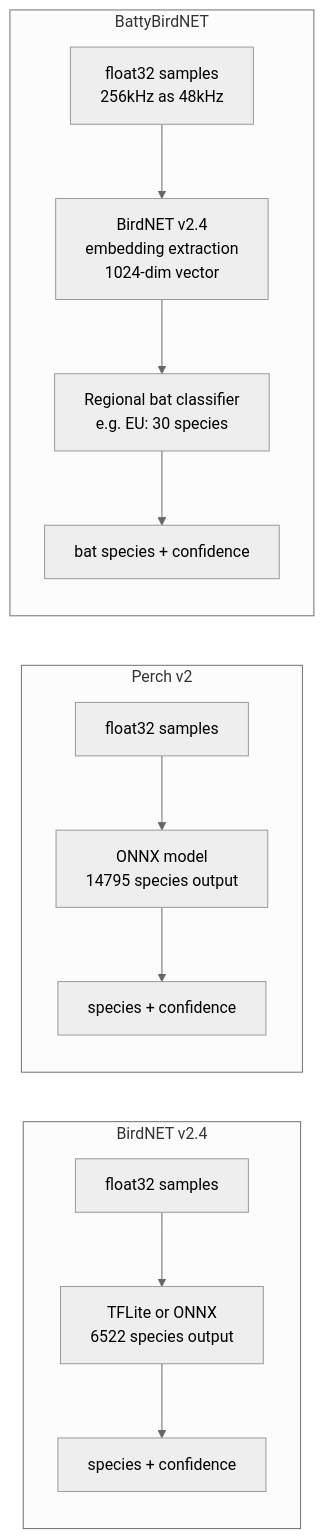
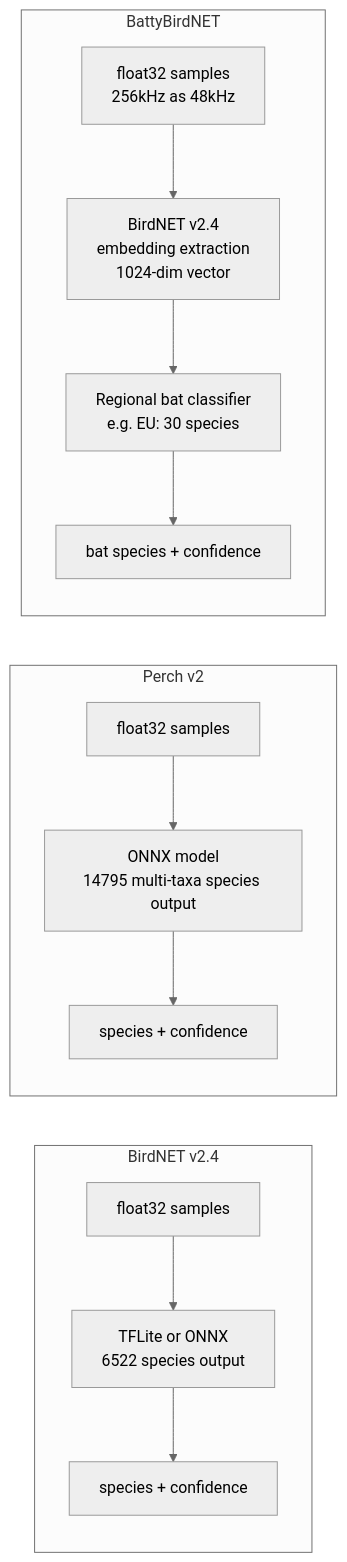
Before and after one commit to tphakala/birdnet-go: the second of 6 diagrams in doc/wiki/detection-pipeline.md, drawn with Mermaid (neutral theme). The commit also changed other lines of this file and 7 other files, not shown here.

First line of the commit message:
feat(classifier): add multi-taxa taxonomy support for Perch v2 (#3209)

````diff
--- a/doc/wiki/detection-pipeline.md
+++ b/doc/wiki/detection-pipeline.md
@@ -131,18 +131,18 @@
 ```mermaid
 flowchart LR
     subgraph BirdNET["BirdNET v2.4"]
         BN_IN[float32 samples] --> BN_TF[TFLite or ONNX\n6522 species output]
         BN_TF --> BN_OUT[species + confidence]
     end
 
     subgraph Perch["Perch v2"]
-        PC_IN[float32 samples] --> PC_ONNX[ONNX model\n14795 species output]
+        PC_IN[float32 samples] --> PC_ONNX[ONNX model\n14795 multi-taxa species output]
         PC_ONNX --> PC_OUT[species + confidence]
     end
 
     subgraph Bat["BattyBirdNET"]
         BAT_IN[float32 samples\n256kHz as 48kHz] --> EMB[BirdNET v2.4\nembedding extraction\n1024-dim vector]
         EMB --> CLS[Regional bat classifier\ne.g. EU: 30 species]
         CLS --> BAT_OUT[bat species + confidence]
     end
 ```
````
